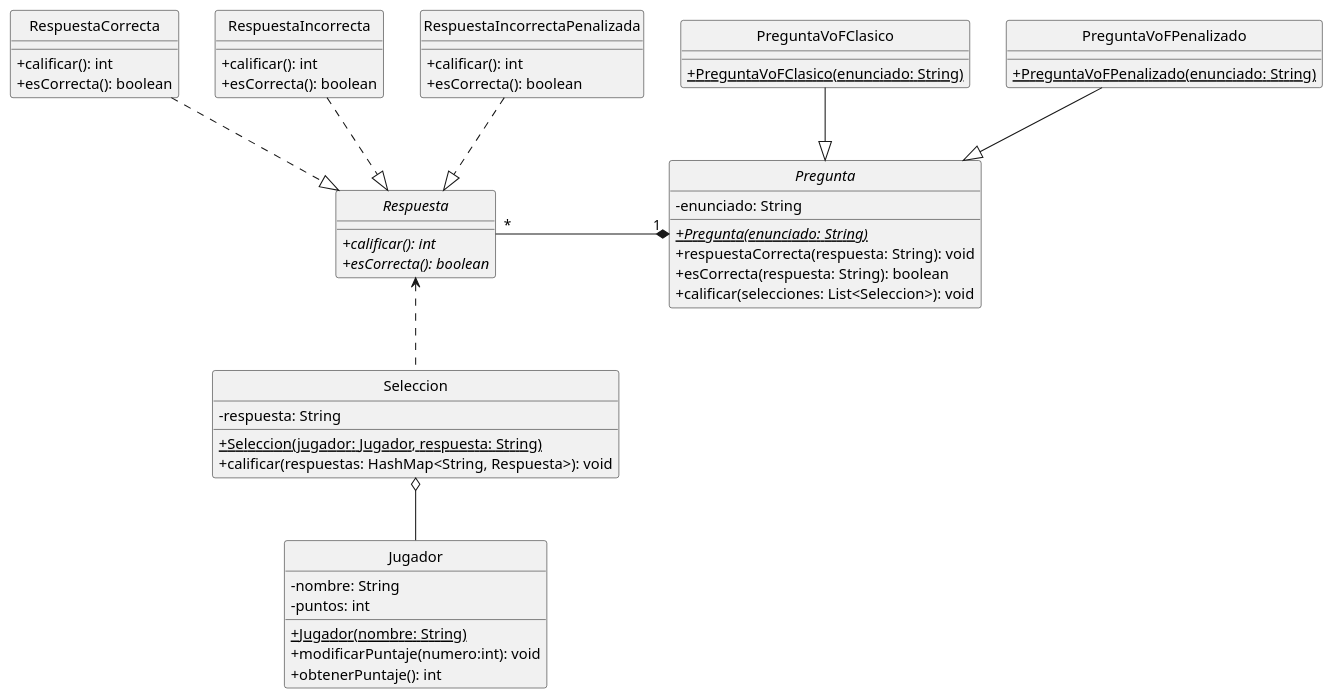
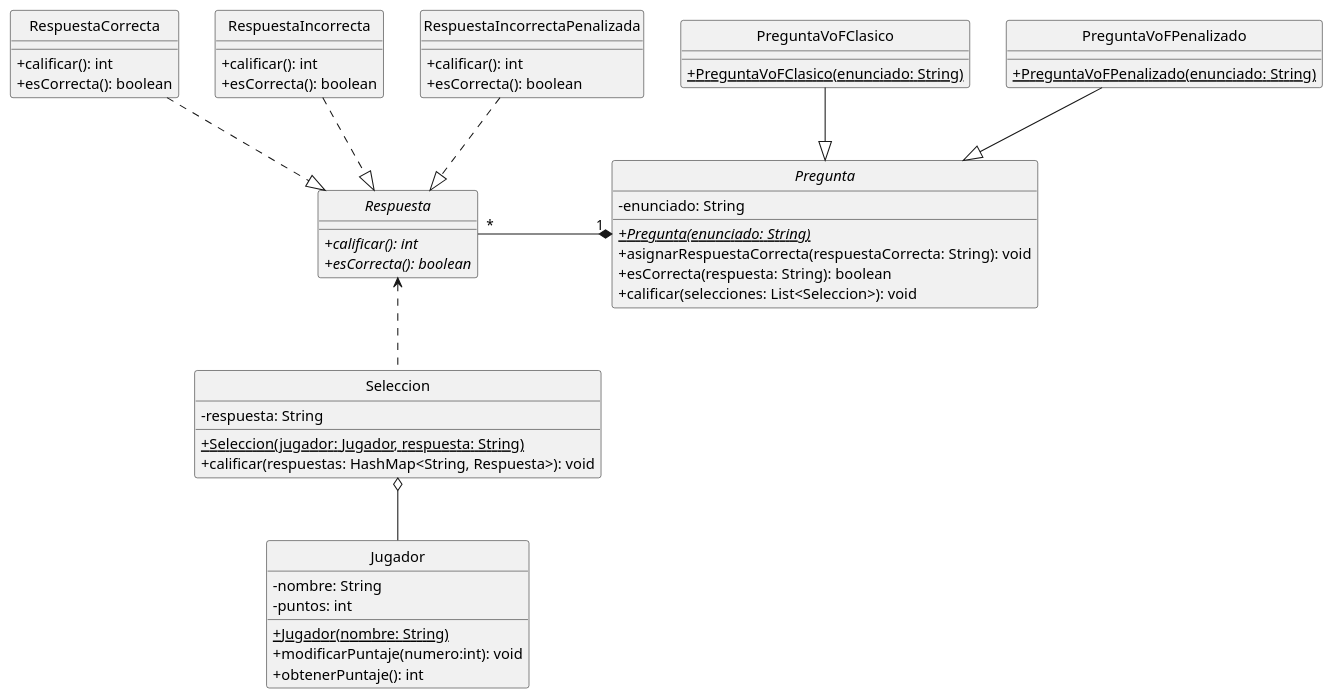
One commit to AmayaSantos/TP2-1 changed the diagram in src/main/java/edu/fiuba/algo3/modelo/diagramas/DiagramaDeClases.puml. Above: the diagram before and after it, drawn with PlantUML. The commit also changed 3 other files, not shown here.

```diff
--- a/src/main/java/edu/fiuba/algo3/modelo/diagramas/DiagramaDeClases.puml
+++ b/src/main/java/edu/fiuba/algo3/modelo/diagramas/DiagramaDeClases.puml
@@ -1,66 +1,66 @@
 @startuml
 hide circle
 skinparam classAttributeIconSize 0
 
 'Clases
 Interface Respuesta{
     +{abstract}calificar(): int
     +{abstract}esCorrecta(): boolean
 }
 
 Class RespuestaCorrecta{
     +calificar(): int
     +esCorrecta(): boolean
 }
 
 Class RespuestaIncorrecta{
     +calificar(): int
     +esCorrecta(): boolean
 }
 
 Class RespuestaIncorrectaPenalizada{
     +calificar(): int
     +esCorrecta(): boolean
 }
 
 Abstract Class Pregunta{
     -enunciado: String
     +{abstract}{static}Pregunta(enunciado: String)
-    +respuestaCorrecta(respuesta: String): void
+    +asignarRespuestaCorrecta(respuestaCorrecta: String): void
     +esCorrecta(respuesta: String): boolean
     +calificar(selecciones: List<Seleccion>): void
 }
 
 Class PreguntaVoFClasico{
    +{static}PreguntaVoFClasico(enunciado: String)
 }
 
 Class PreguntaVoFPenalizado{
    +{static}PreguntaVoFPenalizado(enunciado: String)
 }
 
 Class Seleccion{
     -respuesta: String
     +{static}Seleccion(jugador: Jugador, respuesta: String)
     +calificar(respuestas: HashMap<String, Respuesta>): void
 }
 
 Class Jugador{
     -nombre: String
     -puntos: int
     +{Static}Jugador(nombre: String)
     +modificarPuntaje(numero:int): void
     +obtenerPuntaje(): int
 }
 
 'Relaciones
 RespuestaIncorrecta ..|> Respuesta
 RespuestaIncorrectaPenalizada ..|> Respuesta
 RespuestaCorrecta ..|> Respuesta
 PreguntaVoFPenalizado --|> Pregunta
 PreguntaVoFClasico --|> Pregunta
 Seleccion o-- Jugador
 Pregunta "1" *-left- "*" Respuesta
 Seleccion .up.> Respuesta
 
 @enduml
```
